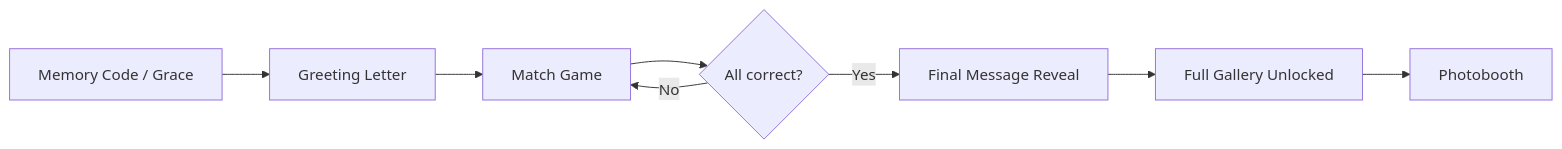
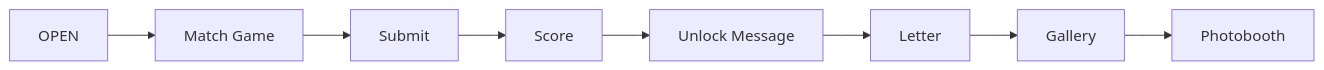
Before and after one commit to vinoslwly/celebrate-florist: the fourth of 5 diagrams in docs/08_EXPERIENCE_MODES.md, drawn with Mermaid. The commit also changed other lines of this file and 118 other files, not shown here.

````diff
--- a/docs/08_EXPERIENCE_MODES.md
+++ b/docs/08_EXPERIENCE_MODES.md
@@ -249,10 +250,10 @@
 ```mermaid
 flowchart LR
-    A[Memory Code / Grace] --> B[Greeting Letter]
-    B --> C[Match Game]
-    C --> D{All correct?}
-    D -->|No| C
-    D -->|Yes| E[Final Message Reveal]
-    E --> F[Full Gallery Unlocked]
-    F --> G[Photobooth]
+    A[OPEN] --> B[Match Game]
+    B --> C[Submit]
+    C --> D[Score]
+    D --> E[Unlock Message]
+    E --> F[Letter]
+    F --> G[Gallery]
+    G --> H[Photobooth]
 ```
````
